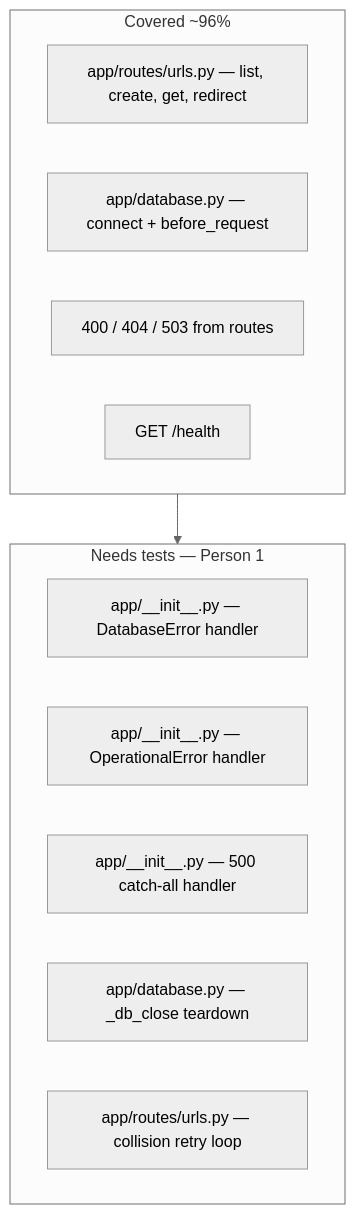
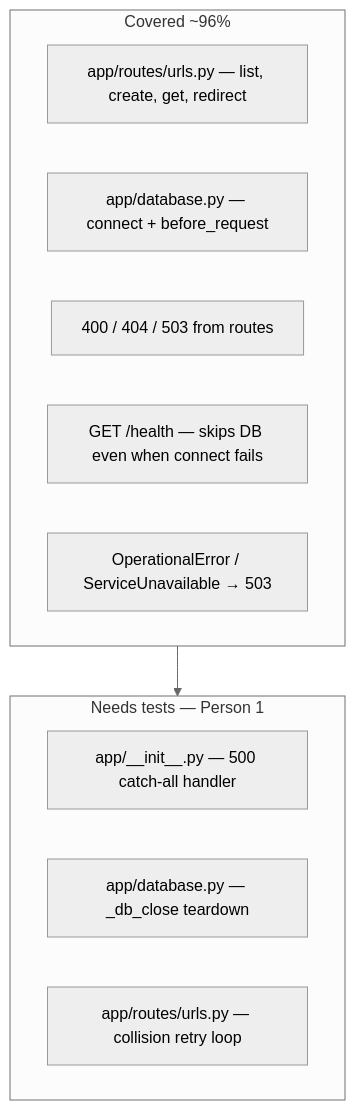
One commit to MartinLam12/PE-Hackathon-Template-2026 changed the first of 2 diagrams in docs/coverage-gaps-for-person-1.md. Above: the diagram before and after it, drawn with Mermaid (neutral theme). The commit also changed other lines of this file and 2 other files, not shown here.

Commit message:
Address CodeRabbit review: narrow DB error handling and tests.
Remove broad DatabaseError 503 handler, strengthen health-during-outage test, and refresh coverage gaps.

````diff
--- a/docs/coverage-gaps-for-person-1.md
+++ b/docs/coverage-gaps-for-person-1.md
@@ -7,19 +7,18 @@
 ```mermaid
 flowchart TB
     subgraph covered [Covered ~96%]
         Routes["app/routes/urls.py — list, create, get, redirect"]
         DbConnect["app/database.py — connect + before_request"]
         Handlers400["400 / 404 / 503 from routes"]
-        Health["GET /health"]
+        Health["GET /health — skips DB even when connect fails"]
+        OpError["OperationalError / ServiceUnavailable → 503"]
     end
 
     subgraph gaps [Needs tests — Person 1]
-        G1["app/__init__.py — DatabaseError handler"]
-        G2["app/__init__.py — OperationalError handler"]
-        G3["app/__init__.py — 500 catch-all handler"]
-        G4["app/database.py — _db_close teardown"]
-        G5["app/routes/urls.py — collision retry loop"]
+        G1["app/__init__.py — 500 catch-all handler"]
+        G2["app/database.py — _db_close teardown"]
+        G3["app/routes/urls.py — collision retry loop"]
     end
 
     covered --> gaps
 ```
````
